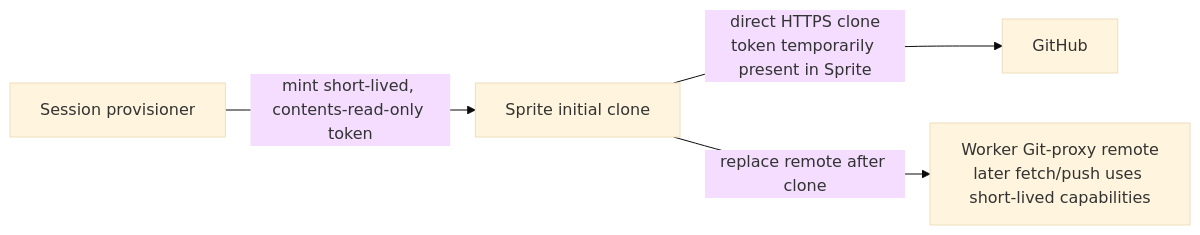
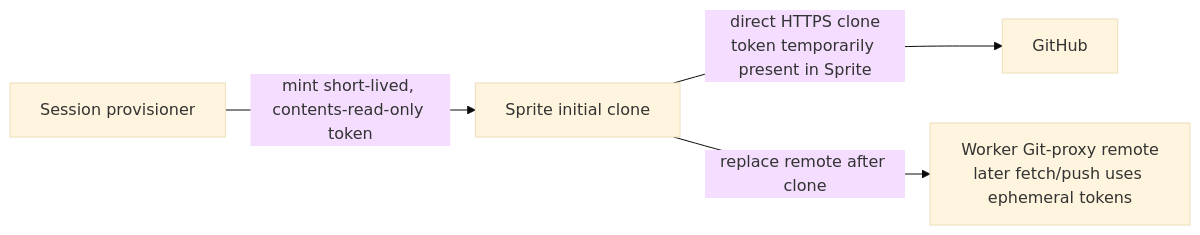
The fourth of 6 diagrams in openspec/changes/automate-sprites-custom-connectors/design.md (benedelstein/My-Machines), drawn with Mermaid (base theme) before and after one commit. The commit also changed other lines of this file and 19 other files, not shown here.

First line of the commit message:
Rename Git capabilities to ephemeral Git tokens

````diff
--- a/openspec/changes/automate-sprites-custom-connectors/design.md
+++ b/openspec/changes/automate-sprites-custom-connectors/design.md
@@ -641,6 +641,6 @@
 ```mermaid
 flowchart LR
   provisioner["Session provisioner"] -->|"mint short-lived, contents-read-only token"| sprite["Sprite initial clone"]
   sprite -->|"direct HTTPS clone<br/>token temporarily present in Sprite"| github["GitHub"]
-  sprite -->|"replace remote after clone"| workerRemote["Worker Git-proxy remote<br/>later fetch/push uses short-lived capabilities"]
+  sprite -->|"replace remote after clone"| workerRemote["Worker Git-proxy remote<br/>later fetch/push uses ephemeral tokens"]
 ```
````
